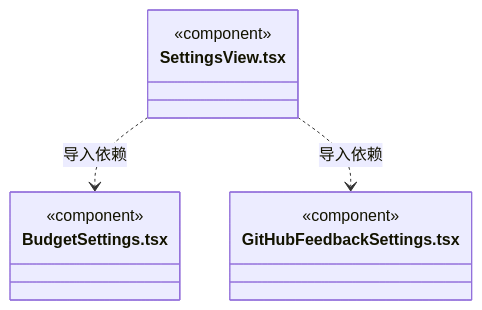
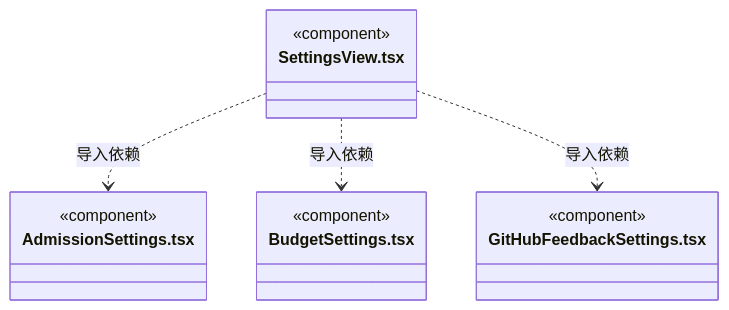
Before and after one commit to nan023062/cbim: diagram 16 of 17 in src/view/settings/ARCHITECTURE.md, drawn with Mermaid. The commit also changed other lines of this file and 36 other files, not shown here.

````diff
--- a/src/view/settings/ARCHITECTURE.md
+++ b/src/view/settings/ARCHITECTURE.md
@@ -249,14 +262,18 @@
 ```mermaid
 classDiagram
 class N_src_view_settings_SettingsView_tsx["SettingsView.tsx"] {
+  <<component>>
+}
+class N_src_view_settings_AdmissionSettings_tsx["AdmissionSettings.tsx"] {
   <<component>>
 }
 class N_src_view_settings_BudgetSettings_tsx["BudgetSettings.tsx"] {
   <<component>>
 }
 class N_src_view_settings_GitHubFeedbackSettings_tsx["GitHubFeedbackSettings.tsx"] {
   <<component>>
 }
+N_src_view_settings_SettingsView_tsx ..> N_src_view_settings_AdmissionSettings_tsx : 导入依赖
 N_src_view_settings_SettingsView_tsx ..> N_src_view_settings_BudgetSettings_tsx : 导入依赖
 N_src_view_settings_SettingsView_tsx ..> N_src_view_settings_GitHubFeedbackSettings_tsx : 导入依赖
 ```
````
